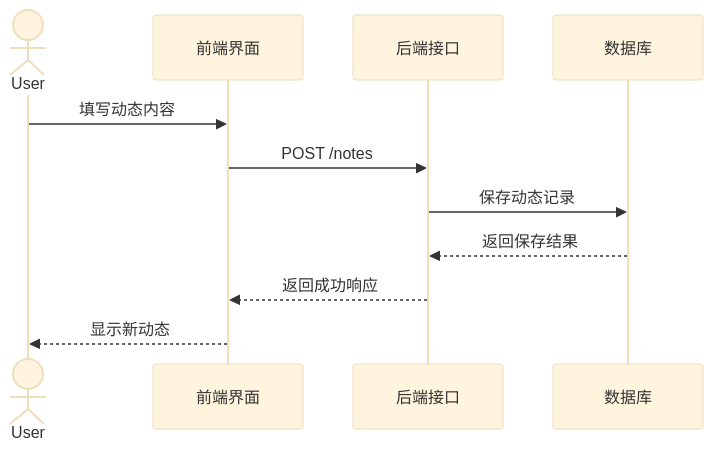
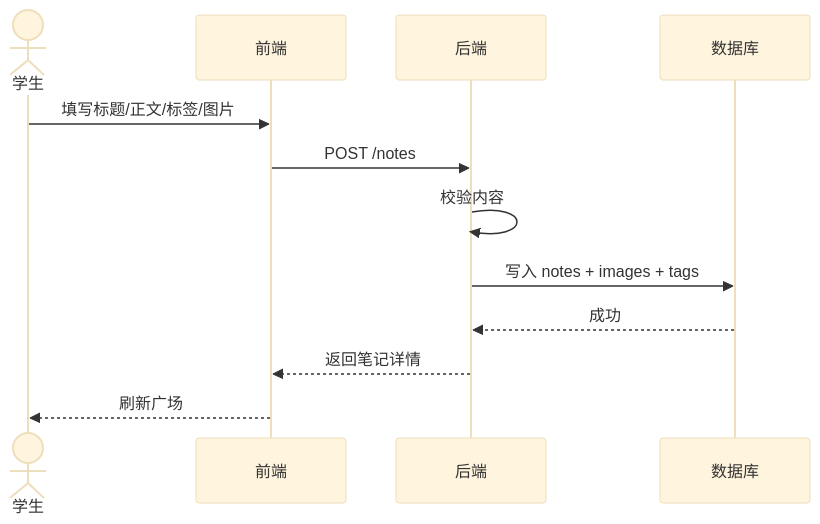
Before and after one commit to oliviawxx/whucircle: diagram 12 of 20 in WHU_Circle_需求建模文档.md, drawn with Mermaid (base theme). The commit also changed other lines of this file and 21 other files, not shown here.

````diff
--- a/WHU_Circle_需求建模文档.md
+++ b/WHU_Circle_需求建模文档.md
@@ -136,14 +370,15 @@
 ```mermaid
 sequenceDiagram
-actor User
-participant UI as 前端界面
-participant API as 后端接口
-participant DB as 数据库
+    actor U as 学生
+    participant FE as 前端
+    participant BE as 后端
+    participant DB as 数据库
 
-User->>UI: 填写动态内容
-UI->>API: POST /notes
-API->>DB: 保存动态记录
-DB-->>API: 返回保存结果
-API-->>UI: 返回成功响应
-UI-->>User: 显示新动态
+    U->>FE: 填写标题/正文/标签/图片
+    FE->>BE: POST /notes
+    BE->>BE: 校验内容
+    BE->>DB: 写入 notes + images + tags
+    DB-->>BE: 成功
+    BE-->>FE: 返回笔记详情
+    FE-->>U: 刷新广场
 ```
````
